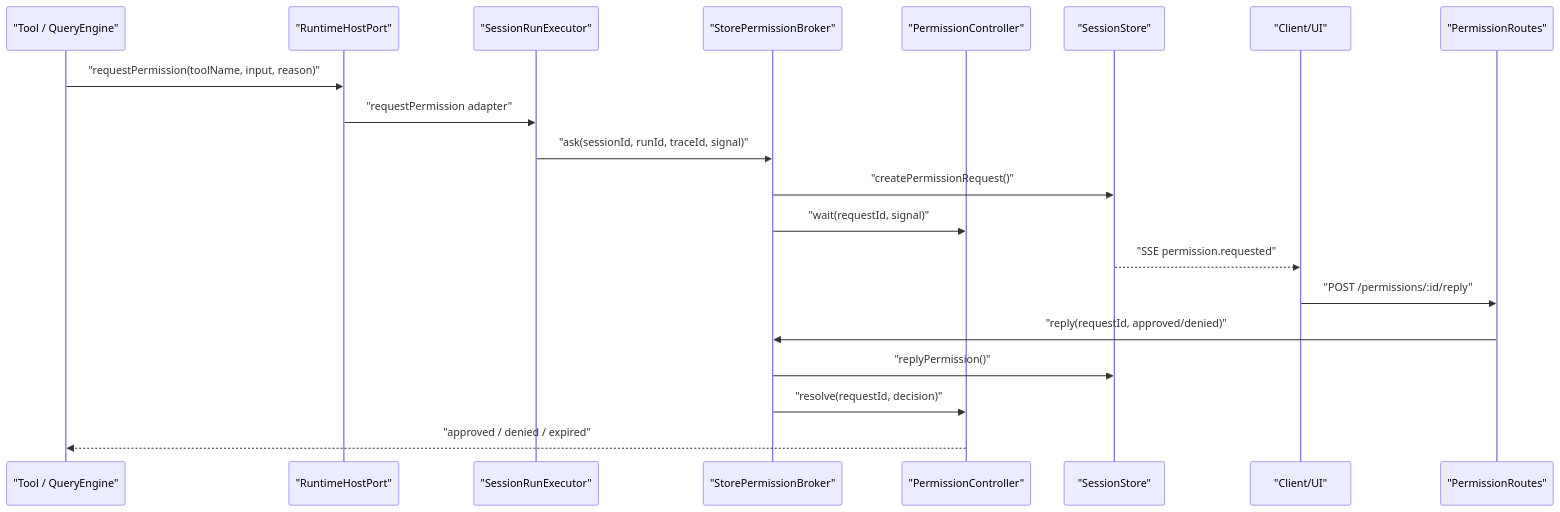
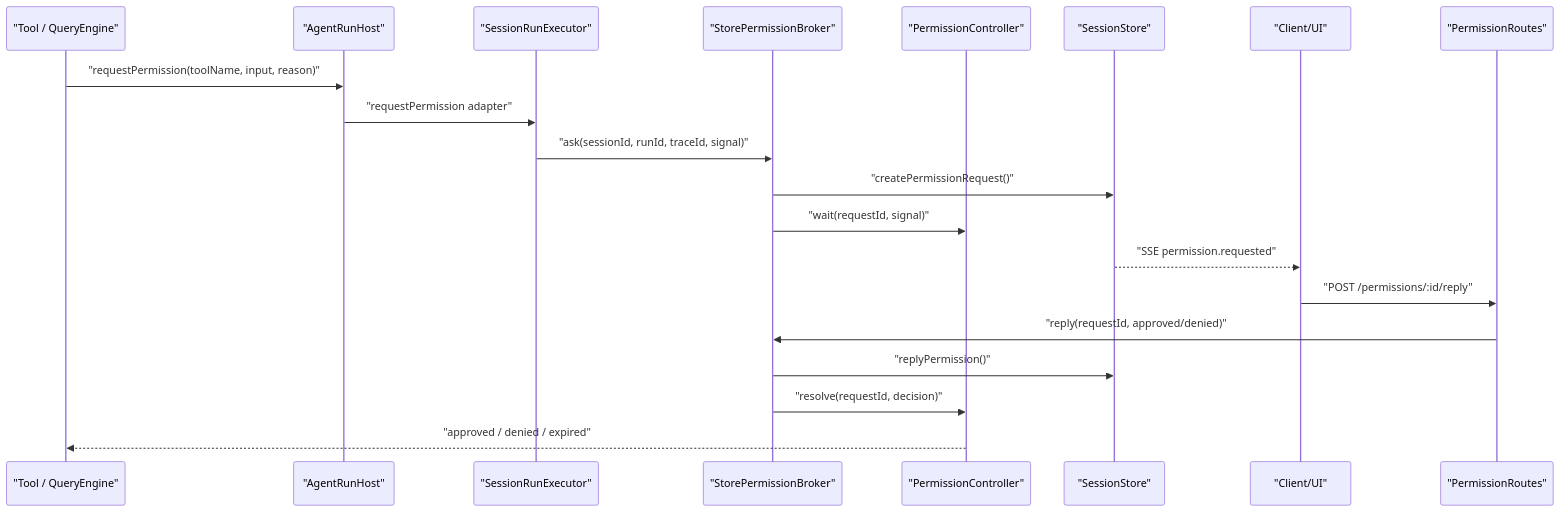
Before and after one commit to rzx007/openharness-ts: the fourth of 9 diagrams in docs/daemon-application-architecture.md, drawn with Mermaid. The commit also changed other lines of this file and 7 other files, not shown here.

````diff
--- a/docs/daemon-application-architecture.md
+++ b/docs/daemon-application-architecture.md
@@ -293,23 +293,23 @@
 ```mermaid
 sequenceDiagram
   participant Tool as "Tool / QueryEngine"
-  participant Host as "RuntimeHostPort"
+  participant Host as "AgentRunHost"
   participant Exec as "SessionRunExecutor"
   participant Broker as "StorePermissionBroker"
   participant Controller as "PermissionController"
   participant Store as "SessionStore"
   participant UI as "Client/UI"
   participant Route as "PermissionRoutes"
 
   Tool->>Host: "requestPermission(toolName, input, reason)"
   Host->>Exec: "requestPermission adapter"
   Exec->>Broker: "ask(sessionId, runId, traceId, signal)"
   Broker->>Store: "createPermissionRequest()"
   Broker->>Controller: "wait(requestId, signal)"
   Store-->>UI: "SSE permission.requested"
   UI->>Route: "POST /permissions/:id/reply"
   Route->>Broker: "reply(requestId, approved/denied)"
   Broker->>Store: "replyPermission()"
   Broker->>Controller: "resolve(requestId, decision)"
   Controller-->>Tool: "approved / denied / expired"
 ```
````
